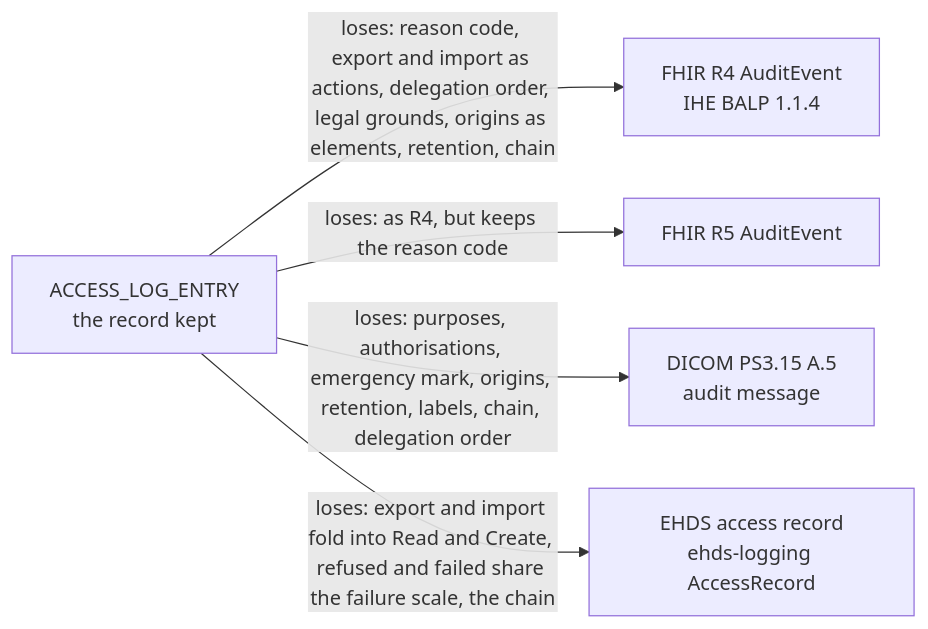
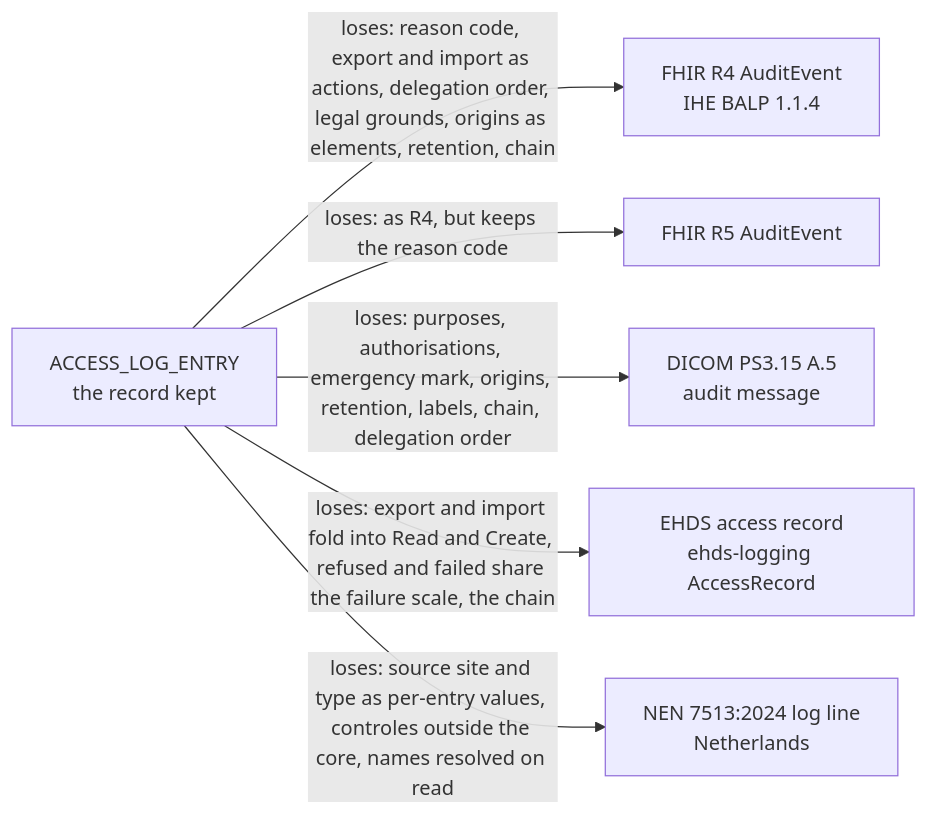
The fifth of 5 diagrams in docs/plans/access-log.md (FerroHEALTH/FerroEHR), drawn with Mermaid before and after one commit. The commit also changed other lines of this file and 23 other files, not shown here.

First line of the commit message:
docs(plans): add the legal matrix, NEN 7513 and the openEHR principles to the access log design

````diff
--- a/docs/plans/access-log.md
+++ b/docs/plans/access-log.md
@@ -678,12 +785,14 @@
 ```mermaid
 flowchart LR
   ENTRY["ACCESS_LOG_ENTRY<br/>the record kept"]
   BALP["FHIR R4 AuditEvent<br/>IHE BALP 1.1.4"]
   R5["FHIR R5 AuditEvent"]
   DICOM["DICOM PS3.15 A.5<br/>audit message"]
   EHDS["EHDS access record<br/>ehds-logging AccessRecord"]
+  NEN["NEN 7513:2024 log line<br/>Netherlands"]
   ENTRY -- "loses: reason code, export and import as actions, delegation order, legal grounds, origins as elements, retention, chain" --> BALP
   ENTRY -- "loses: as R4, but keeps the reason code" --> R5
   ENTRY -- "loses: purposes, authorisations, emergency mark, origins, retention, labels, chain, delegation order" --> DICOM
   ENTRY -- "loses: export and import fold into Read and Create, refused and failed share the failure scale, the chain" --> EHDS
+  ENTRY -- "loses: source site and type as per-entry values, controles outside the core, names resolved on read" --> NEN
 ```
````
